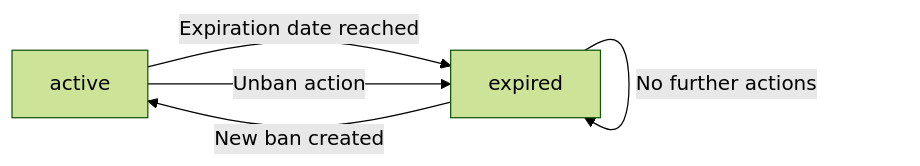
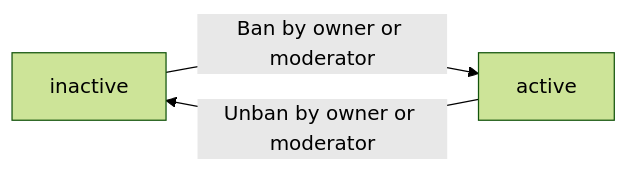
Before and after one commit to wrtnlabs/autobe-examples: the fifth of 6 diagrams in qwen/qwen3.5-35b-a3b/reddit/docs/analysis/02-domain-model.md, drawn with Mermaid (forest theme). The commit also changed other lines of this file and 6645 other files, not shown here.

````diff
--- a/qwen/qwen3.5-35b-a3b/reddit/docs/analysis/02-domain-model.md
+++ b/qwen/qwen3.5-35b-a3b/reddit/docs/analysis/02-domain-model.md
@@ -823,7 +926,5 @@
 ```mermaid
 flowchart LR
-    A["active"] -->|"Expiration date reached"| B["expired"]
-    A -->|"Unban action"| B
-    B -->|"New ban created"| A
-    B -->|"No further actions"| B
+    A["inactive"] -->|Ban by owner or moderator| B["active"]
+    B -->|Unban by owner or moderator| A
 ```
````
